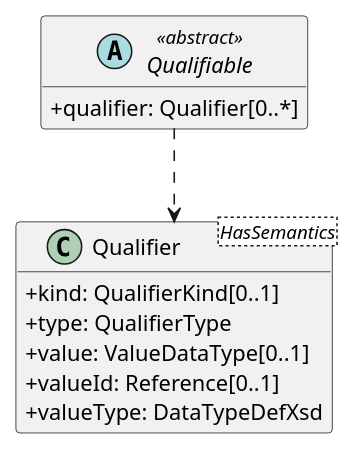
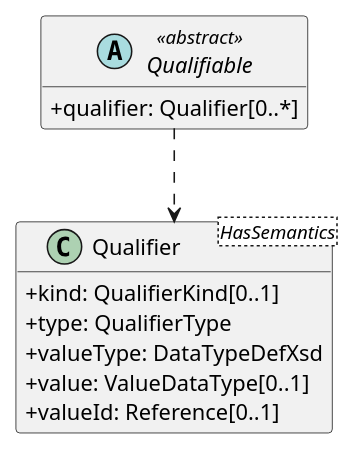
The diagram in output/20_Qualifiable.puml (zrgt/py2puml), drawn with PlantUML before and after one commit. The commit also changed other lines of this file and 68 other files, not shown here.

```diff
--- a/output/20_Qualifiable.puml
+++ b/output/20_Qualifiable.puml
@@ -1,16 +1,16 @@
 @startuml
 skinparam classAttributeIconSize 0
 hide methods
 
 abstract class Qualifiable <<abstract>> {
   +qualifier: Qualifier[0..*] 
 }
 class Qualifier<HasSemantics> {
   +kind: QualifierKind[0..1] 
   +type: QualifierType 
+  +valueType: DataTypeDefXsd 
   +value: ValueDataType[0..1] 
   +valueId: Reference[0..1] 
-  +valueType: DataTypeDefXsd 
 }
 Qualifiable ..> Qualifier
 @enduml
```
